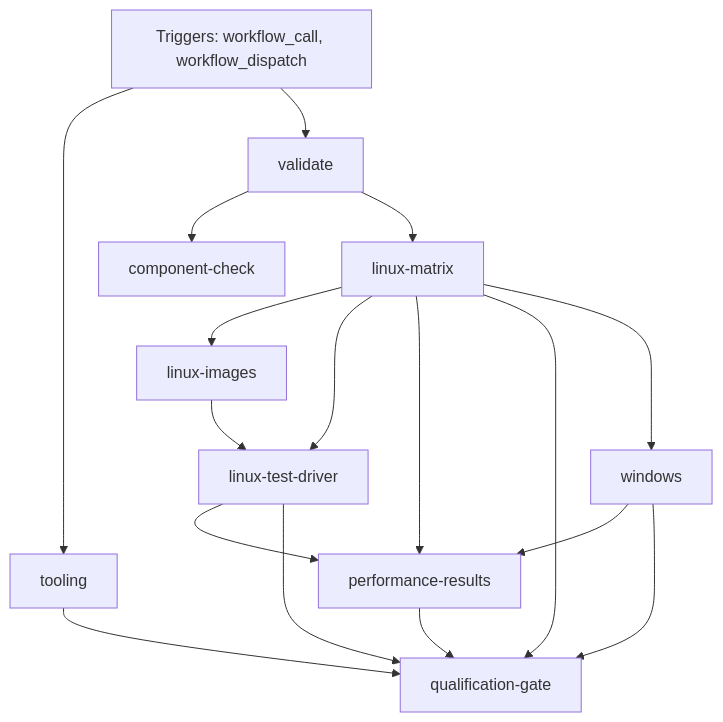
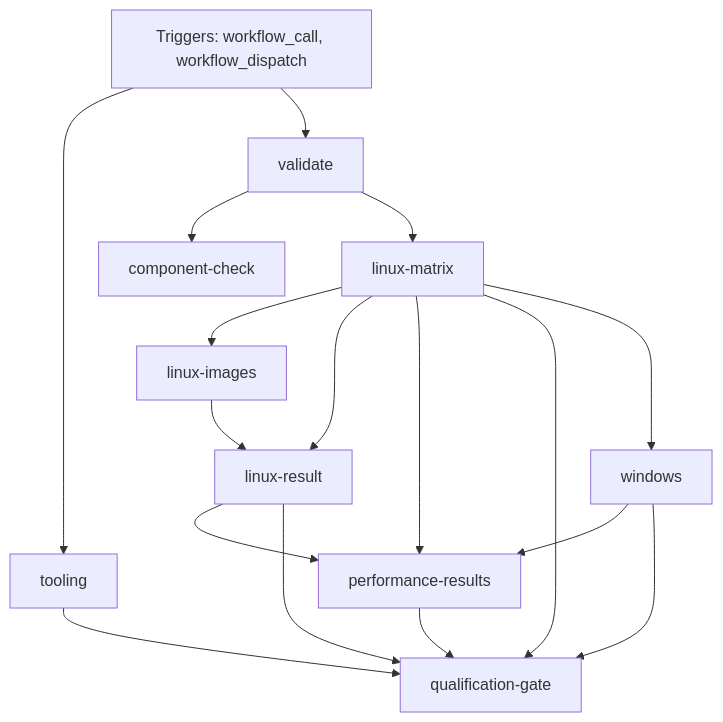
One commit to FrenchExDev2/QuietCli.PoSh changed the diagram in docs/ci/github/script-ci.md. Above: the diagram before and after it, drawn with Mermaid. The commit also changed other lines of this file and 5 other files, not shown here.

Commit message:
Keep Linux matrix evidence wired to the qualification gate

```diff
--- a/docs/ci/github/script-ci.md
+++ b/docs/ci/github/script-ci.md
@@ -35,29 +35,29 @@
 ~~~mermaid
 flowchart TD
     event["Triggers: workflow_call, workflow_dispatch"]
     job_component_check["component-check"]
     job_linux_images["linux-images"]
     job_linux_matrix["linux-matrix"]
-    job_linux_test_driver["linux-test-driver"]
+    job_linux_result["linux-result"]
     job_performance_results["performance-results"]
     job_qualification_gate["qualification-gate"]
     job_tooling["tooling"]
     job_validate["validate"]
     job_windows["windows"]
     job_validate --> job_component_check
     job_linux_matrix --> job_linux_images
     job_validate --> job_linux_matrix
-    job_linux_matrix --> job_linux_test_driver
-    job_linux_images --> job_linux_test_driver
+    job_linux_matrix --> job_linux_result
+    job_linux_images --> job_linux_result
     job_linux_matrix --> job_performance_results
     job_windows --> job_performance_results
-    job_linux_test_driver --> job_performance_results
+    job_linux_result --> job_performance_results
     job_linux_matrix --> job_qualification_gate
     job_windows --> job_qualification_gate
-    job_linux_test_driver --> job_qualification_gate
+    job_linux_result --> job_qualification_gate
     job_performance_results --> job_qualification_gate
     job_tooling --> job_qualification_gate
     event --> job_tooling
     event --> job_validate
     job_linux_matrix --> job_windows
 ~~~
```
